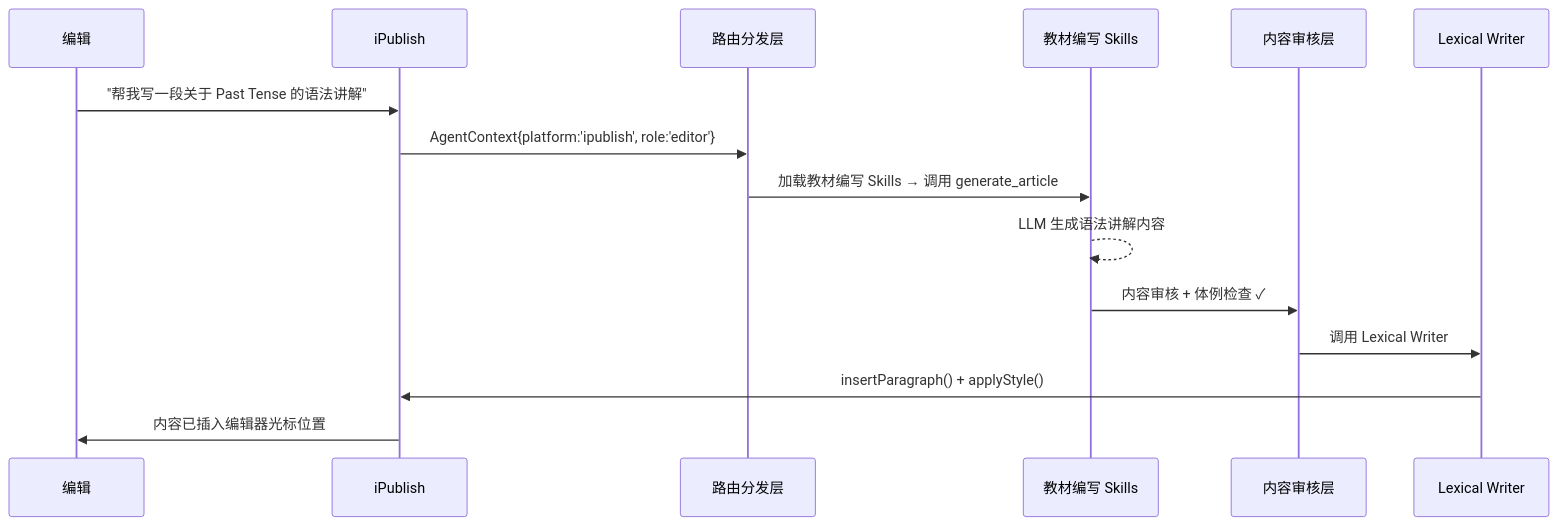
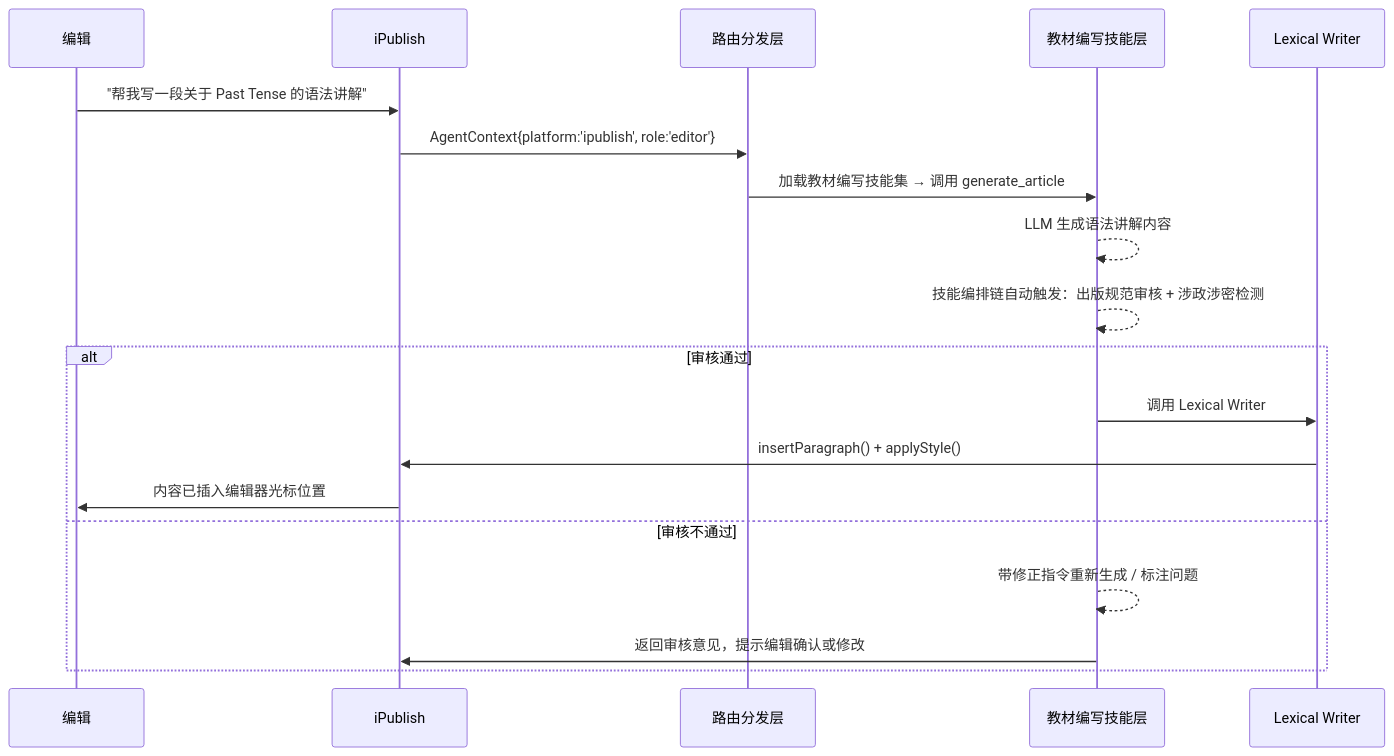
One commit to LarryLiny/pptAIagent changed the fourth of 5 diagrams in AIPPT_requirement.md. Above: the diagram before and after it, drawn with Mermaid. The commit also changed other lines of this file and 1 other file, not shown here.

Commit message:
修正跨项目架构设计：内容审核从独立层改为技能层内的审核类技能，架构从五层简化为四层（对话管理+意图理解→内容生成与处理技能层→写入适配层→前端宿主）；更新Mermaid架构图和三个调用流程案例；教材编写场景审核作为技能编排链自动串联，备课场景审核为可选项。影响文件：AIPPT_requirement.md, AIPPT_Requirement_log.md

````diff
--- a/AIPPT_requirement.md
+++ b/AIPPT_requirement.md
@@ -802,18 +825,22 @@
 ```mermaid
 sequenceDiagram
     participant E as 编辑
     participant UI as iPublish
     participant R as 路由分发层
-    participant S as 教材编写 Skills
-    participant A as 内容审核层
+    participant S as 教材编写技能层
     participant W as Lexical Writer
 
     E->>UI: "帮我写一段关于 Past Tense 的语法讲解"
     UI->>R: AgentContext{platform:'ipublish', role:'editor'}
-    R->>S: 加载教材编写 Skills → 调用 generate_article
+    R->>S: 加载教材编写技能集 → 调用 generate_article
     S-->>S: LLM 生成语法讲解内容
-    S->>A: 内容审核 + 体例检查 ✓
-    A->>W: 调用 Lexical Writer
-    W->>UI: insertParagraph() + applyStyle()
-    UI->>E: 内容已插入编辑器光标位置
+    S-->>S: 技能编排链自动触发：出版规范审核 + 涉政涉密检测
+    alt 审核通过
+        S->>W: 调用 Lexical Writer
+        W->>UI: insertParagraph() + applyStyle()
+        UI->>E: 内容已插入编辑器光标位置
+    else 审核不通过
+        S-->>S: 带修正指令重新生成 / 标注问题
+        S->>UI: 返回审核意见，提示编辑确认或修改
+    end
 ```
````
